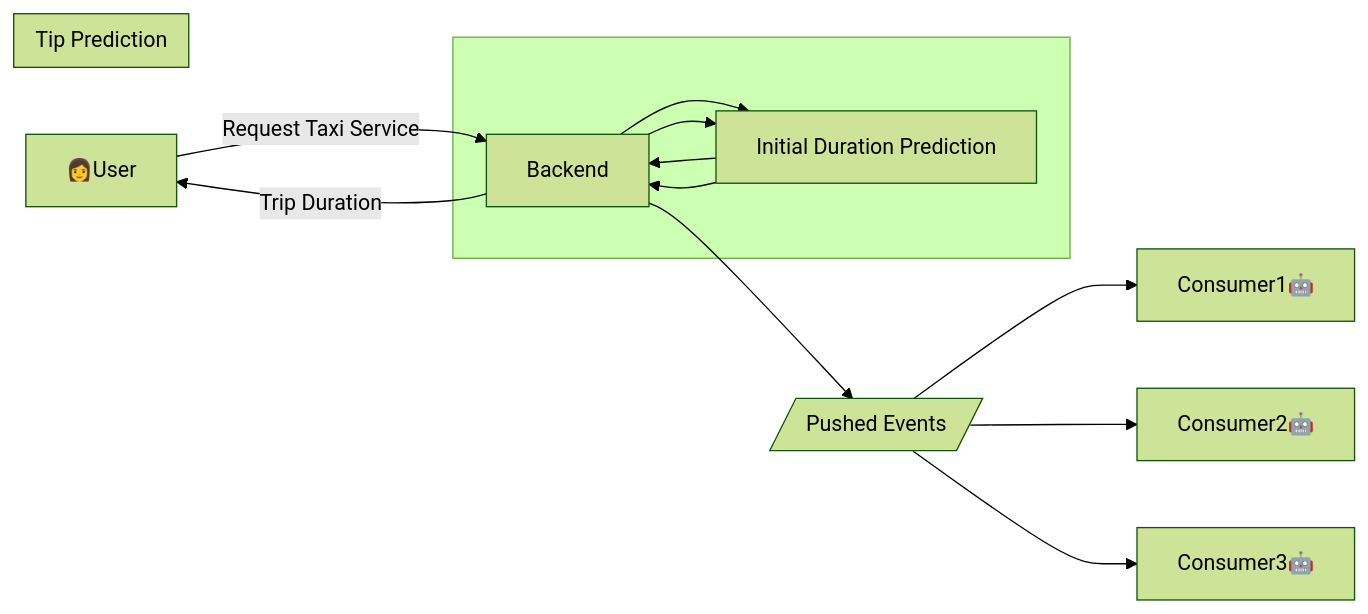
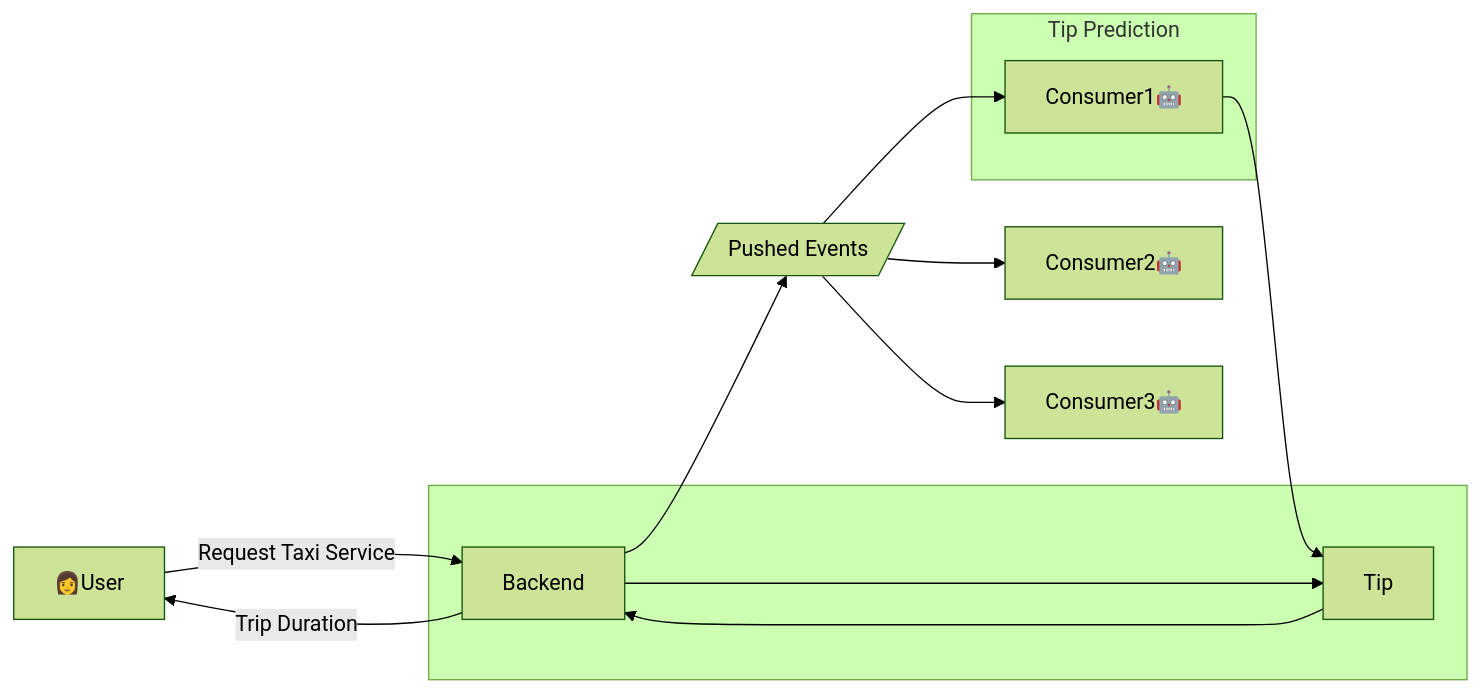
Before and after one commit to mossdet/mlops-dlp: the fifth of 5 diagrams in week04/README.md, drawn with Mermaid (forest theme).

````diff
--- a/week04/README.md
+++ b/week04/README.md
@@ -72,15 +72,15 @@
 ```mermaid
 graph LR
     User[👩User]--> |Request Taxi Service| Backend[Backend]
     Backend--> |Trip Duration| User
     Backend--> Events[/Pushed Events/]
     Events --> Consumer1[Consumer1🤖] & Consumer2[Consumer2🤖] & Consumer3[Consumer3🤖]
 
     subgraph noteBackend [" "]
         Backend--> note["Initial Duration Prediction"]--> Backend
     end
 
     subgraph noteConsumer1 ["Tip Prediction"]
-        Backend--> note["Initial Duration Prediction"]--> Backend
+        Consumer1--> note["Tip"]
     end
 ```
````
